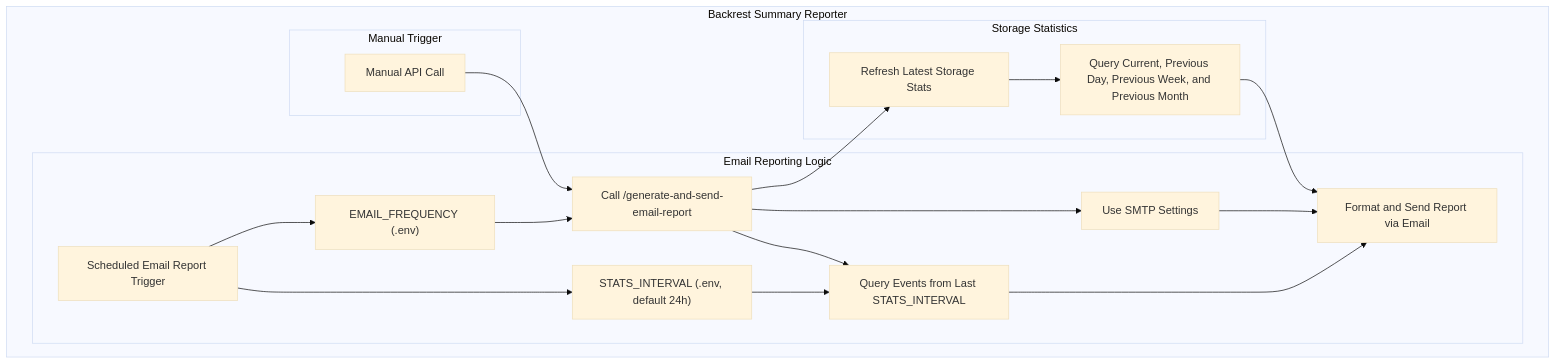
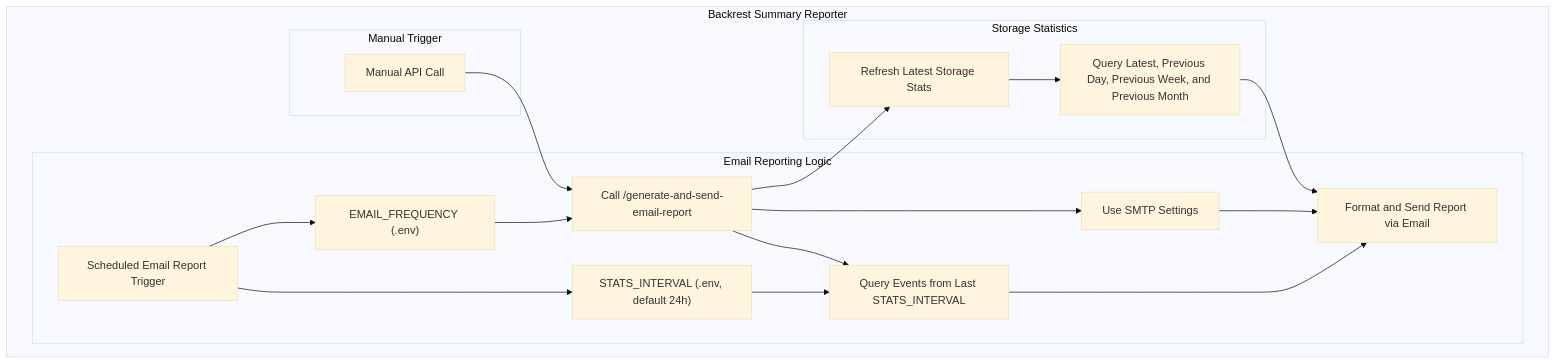
One commit to estes-sj/Backrest-Summary-Reporter changed the third of 3 diagrams in README.md. Above: the diagram before and after it, drawn with Mermaid (base theme). The commit also changed other lines of this file, not shown here.

````diff
--- a/README.md
+++ b/README.md
@@ -86,38 +86,38 @@
 ```mermaid
 flowchart TD
     subgraph Backrest Summary Reporter
 
         subgraph Email Reporting Logic
             E1["Scheduled Email Report Trigger"]
             E2["EMAIL_FREQUENCY (.env)"]
             E3["STATS_INTERVAL (.env, default 24h)"]
             E4["Call /generate-and-send-email-report"]
             E5["Use SMTP Settings"]
             E6["Query Events from Last STATS_INTERVAL"]
             E7["Format and Send Report via Email"]
         end
 
         subgraph Manual Trigger
             M1["Manual API Call"]
             M1 --> E4
         end
 
         subgraph Storage Statistics
             S1["Refresh Latest Storage Stats"]
-            S2["Query Current, Previous Day, Previous Week, and Previous Month"]
+            S2["Query Latest, Previous Day, Previous Week, and Previous Month"]
         end
 
     end
 
     E1 --> E2
     E1 --> E3
     E2 --> E4
     E3 --> E6
     E4 --> S1
     E4 --> E5
     E4 --> E6
     E6 --> E7
     E5 --> E7
     S1 --> S2
     S2 --> E7
 ```
````
